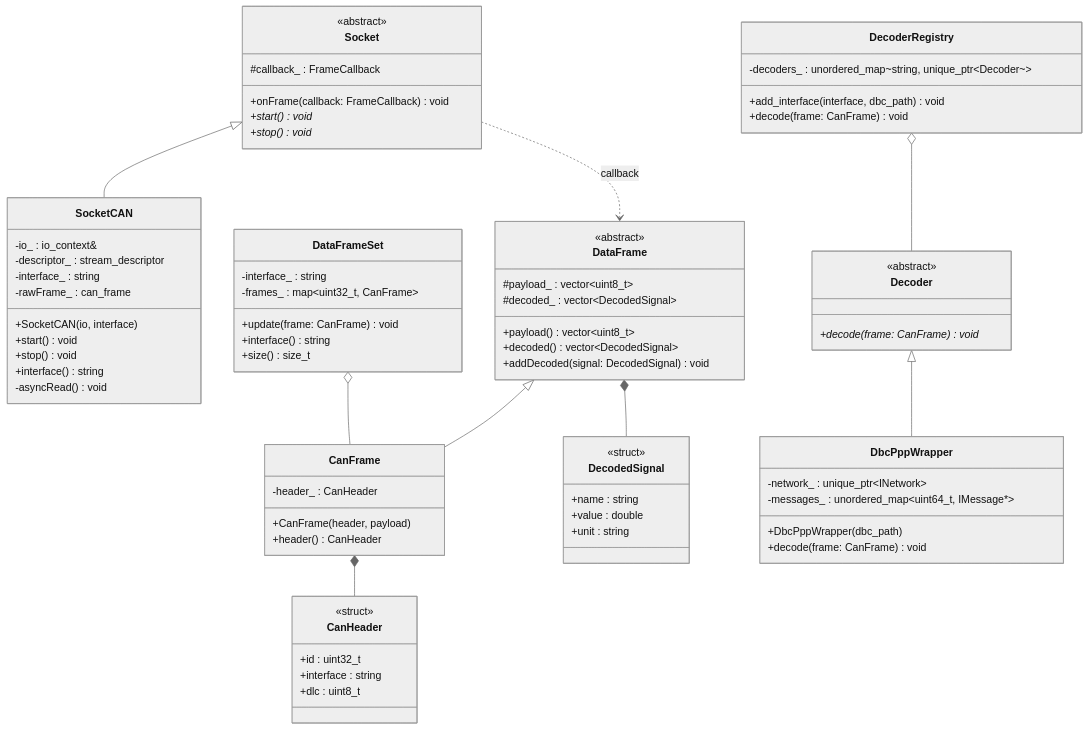
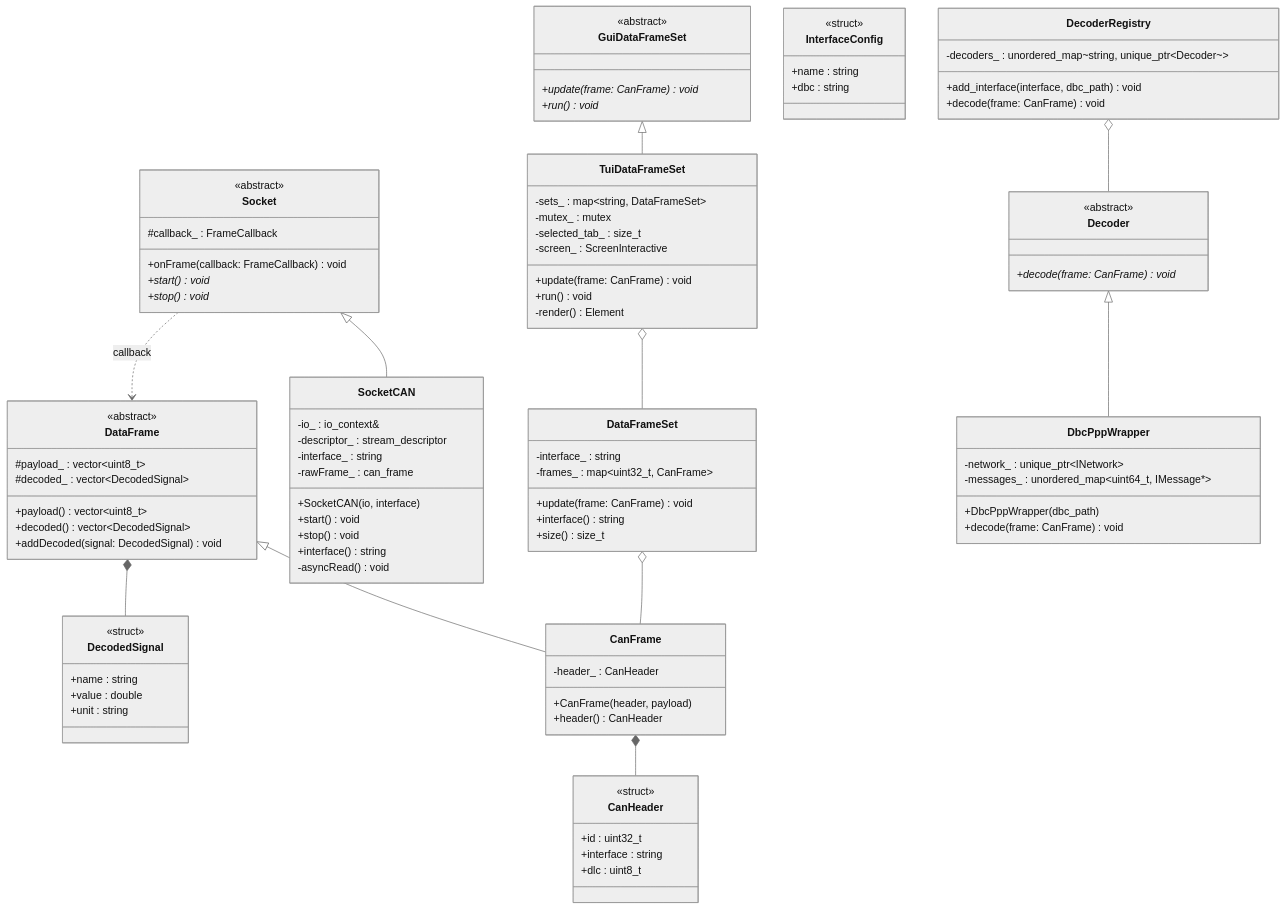
The diagram in docs/architecture.md (Oszimilian/caneo), drawn with Mermaid (neutral theme) before and after one commit. The commit also changed other lines of this file and 13 other files, not shown here.

````diff
--- a/docs/architecture.md
+++ b/docs/architecture.md
@@ -88,5 +88,29 @@
     DataFrameSet o-- CanFrame
     CanFrame *-- CanHeader
     DataFrame *-- DecodedSignal
+    class InterfaceConfig {
+        <<struct>>
+        +name : string
+        +dbc : string
+    }
+
+    class GuiDataFrameSet {
+        <<abstract>>
+        +update(frame: CanFrame)* void
+        +run()* void
+    }
+
+    class TuiDataFrameSet {
+        -sets_ : map~string, DataFrameSet~
+        -mutex_ : mutex
+        -selected_tab_ : size_t
+        -screen_ : ScreenInteractive
+        +update(frame: CanFrame) void
+        +run() void
+        -render() Element
+    }
+
     Socket ..> DataFrame : callback
+    GuiDataFrameSet <|-- TuiDataFrameSet
+    TuiDataFrameSet o-- DataFrameSet
 ```
````
